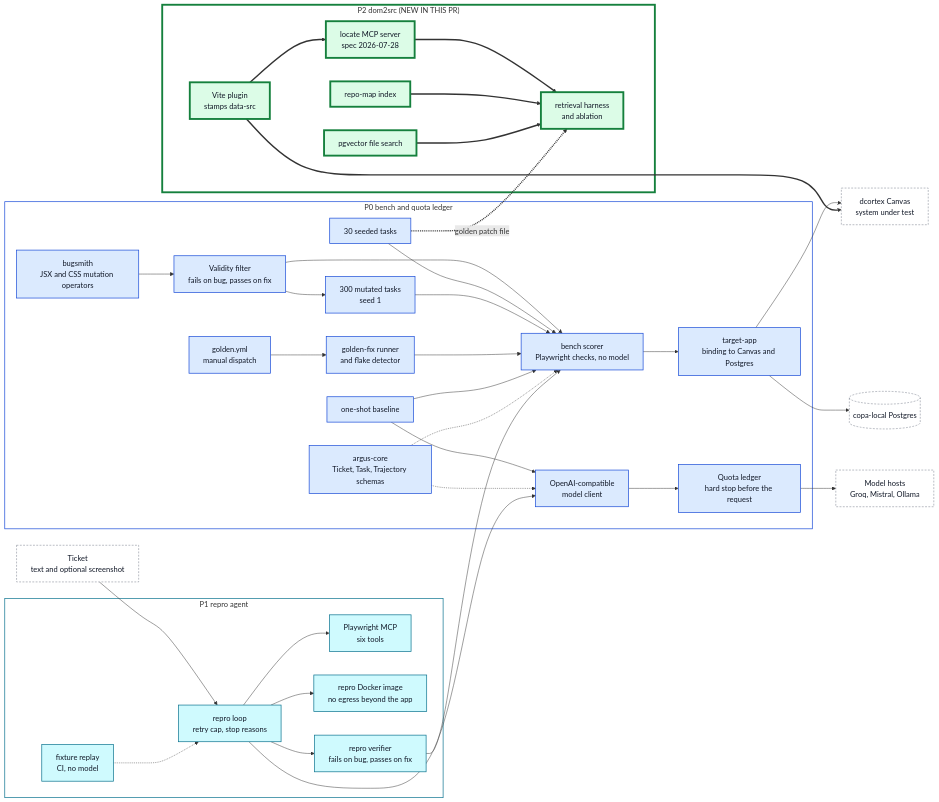
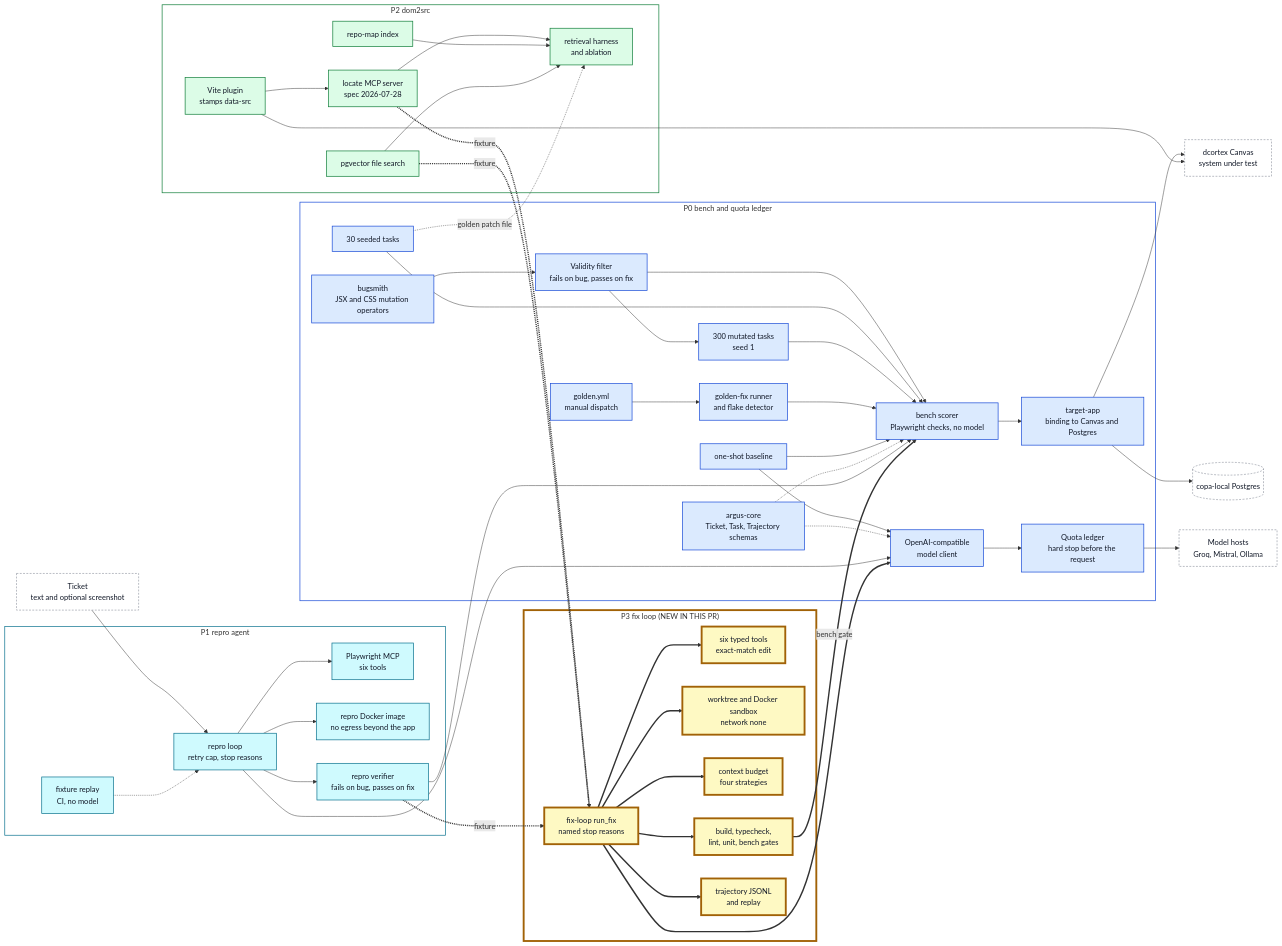
Before and after one commit to vibhu-0511/argus: the diagram in docs/architecture/overview.md, drawn with Mermaid. The commit also changed other lines of this file and 14 other files, not shown here.

````diff
--- a/docs/architecture/overview.md
+++ b/docs/architecture/overview.md
@@ -32,12 +32,21 @@
     REPLAY["fixture replay<br/>CI, no model"]:::p1
   end
 
-  subgraph S2 ["P2 dom2src (NEW IN THIS PR)"]
+  subgraph S2 ["P2 dom2src"]
     PLUGIN["Vite plugin<br/>stamps data-src"]:::p2
     LOCATE["locate MCP server<br/>spec 2026-07-28"]:::p2
     RMAP["repo-map index"]:::p2
     PGV["pgvector file search"]:::p2
     ABL["retrieval harness<br/>and ablation"]:::p2
+  end
+
+  subgraph S3 ["P3 fix loop (NEW IN THIS PR)"]
+    FIX["fix-loop run_fix<br/>named stop reasons"]:::p3
+    TOOLS["six typed tools<br/>exact-match edit"]:::p3
+    WT["worktree and Docker sandbox<br/>network none"]:::p3
+    CTX["context budget<br/>four strategies"]:::p3
+    GATES["build, typecheck,<br/>lint, unit, bench gates"]:::p3
+    TRAJ["trajectory JSONL<br/>and replay"]:::p3
   end
 
   BUGSMITH --> FILTER
@@ -69,13 +78,25 @@
   RMAP --> ABL
   PGV --> ABL
   SEEDED -. "golden patch file" .-> ABL
+  RVERIFY -. "fixture" .-> FIX
+  LOCATE -. "fixture" .-> FIX
+  PGV -. "fixture" .-> FIX
+  FIX --> TOOLS
+  FIX --> WT
+  FIX --> CTX
+  FIX --> GATES
+  FIX --> TRAJ
+  FIX --> CLIENT
+  GATES -- "bench gate" --> SCORER
 
   classDef p0 fill:#dbeafe,stroke:#1d4ed8,stroke-width:1.5px,color:#111827
   style S0 fill:none,stroke:#1d4ed8,stroke-width:1.5px
   classDef p1 fill:#cffafe,stroke:#0e7490,stroke-width:1.5px,color:#111827
   style S1 fill:none,stroke:#0e7490,stroke-width:1.5px
-  classDef p2 fill:#dcfce7,stroke:#15803d,stroke-width:4px,color:#111827
-  style S2 fill:none,stroke:#15803d,stroke-width:4px
+  classDef p2 fill:#dcfce7,stroke:#15803d,stroke-width:1.5px,color:#111827
+  style S2 fill:none,stroke:#15803d,stroke-width:1.5px
+  classDef p3 fill:#fef9c3,stroke:#a16207,stroke-width:4px,color:#111827
+  style S3 fill:none,stroke:#a16207,stroke-width:4px
   classDef ext fill:#ffffff,stroke:#6b7280,color:#111827,stroke-dasharray: 4 3
-  linkStyle 23,24,25,26,27,28 stroke-width:3px
+  linkStyle 29,30,31,32,33,34,35,36,37,38 stroke-width:3px
 ```
````
